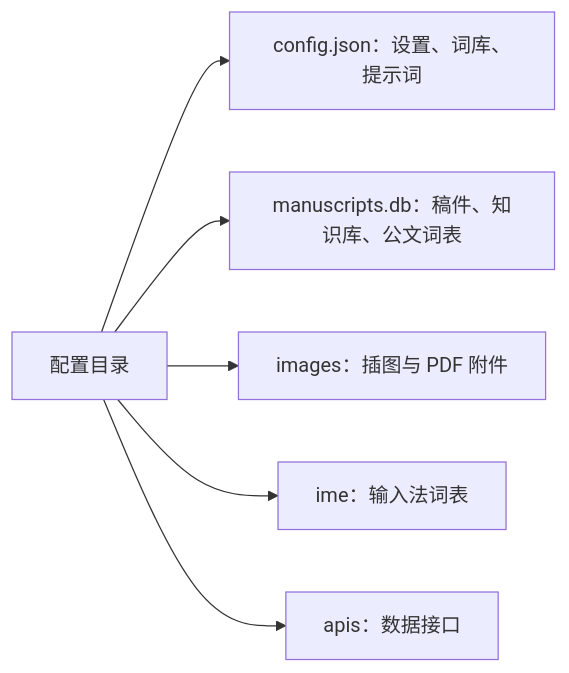
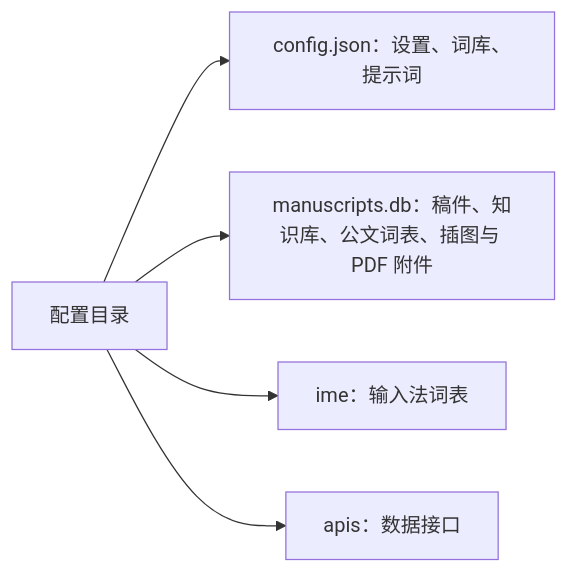
The diagram in assets/help/21-data.md (billowsand/gongwen), drawn with Mermaid before and after one commit. The commit also changed other lines of this file and 4 other files, not shown here.

````diff
--- a/assets/help/21-data.md
+++ b/assets/help/21-data.md
@@ -27,8 +27,7 @@
 ```mermaid
 flowchart LR
   R[配置目录] --> C[config.json：设置、词库、提示词]
-  R --> M[manuscripts.db：稿件、知识库、公文词表]
-  R --> I[images：插图与 PDF 附件]
+  R --> M[manuscripts.db：稿件、知识库、公文词表、插图与 PDF 附件]
   R --> E[ime：输入法词表]
   R --> A[apis：数据接口]
 ```
````
